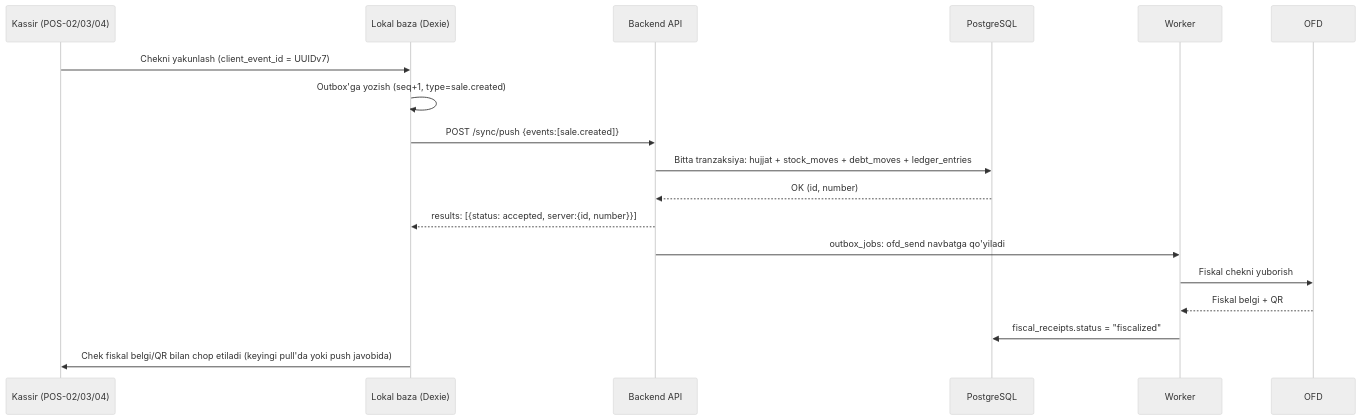
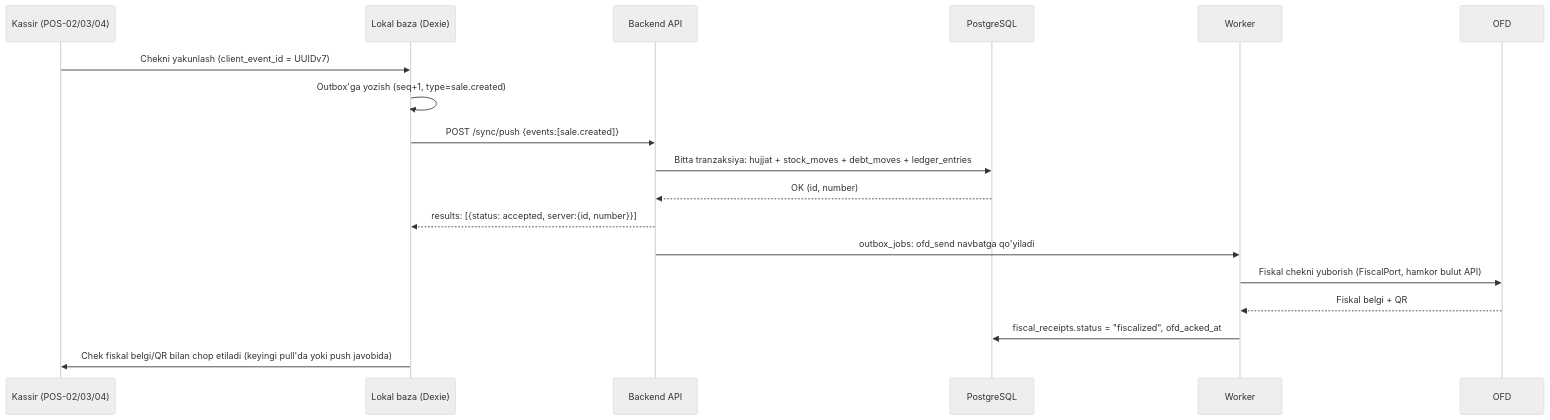
The first of 3 diagrams in spec/kod-uchun/16-offline-sync.md (hasanoff507/erp), drawn with Mermaid (neutral theme) before and after one commit. The commit also changed other lines of this file and 47 other files, not shown here.

````diff
--- a/spec/kod-uchun/16-offline-sync.md
+++ b/spec/kod-uchun/16-offline-sync.md
@@ -151,21 +166,21 @@
 ```mermaid
 sequenceDiagram
     participant K as Kassir (POS-02/03/04)
     participant L as Lokal baza (Dexie)
     participant API as Backend API
     participant DB as PostgreSQL
     participant WK as Worker
     participant OFD as OFD
 
     K->>L: Chekni yakunlash (client_event_id = UUIDv7)
     L->>L: Outbox'ga yozish (seq+1, type=sale.created)
     L->>API: POST /sync/push {events:[sale.created]}
     API->>DB: Bitta tranzaksiya: hujjat + stock_moves + debt_moves + ledger_entries
     DB-->>API: OK (id, number)
     API-->>L: results: [{status: accepted, server:{id, number}}]
     API->>WK: outbox_jobs: ofd_send navbatga qo'yiladi
-    WK->>OFD: Fiskal chekni yuborish
+    WK->>OFD: Fiskal chekni yuborish (FiscalPort, hamkor bulut API)
     OFD-->>WK: Fiskal belgi + QR
-    WK->>DB: fiscal_receipts.status = "fiscalized"
+    WK->>DB: fiscal_receipts.status = "fiscalized", ofd_acked_at
     L->>K: Chek fiskal belgi/QR bilan chop etiladi (keyingi pull'da yoki push javobida)
 ```
````
